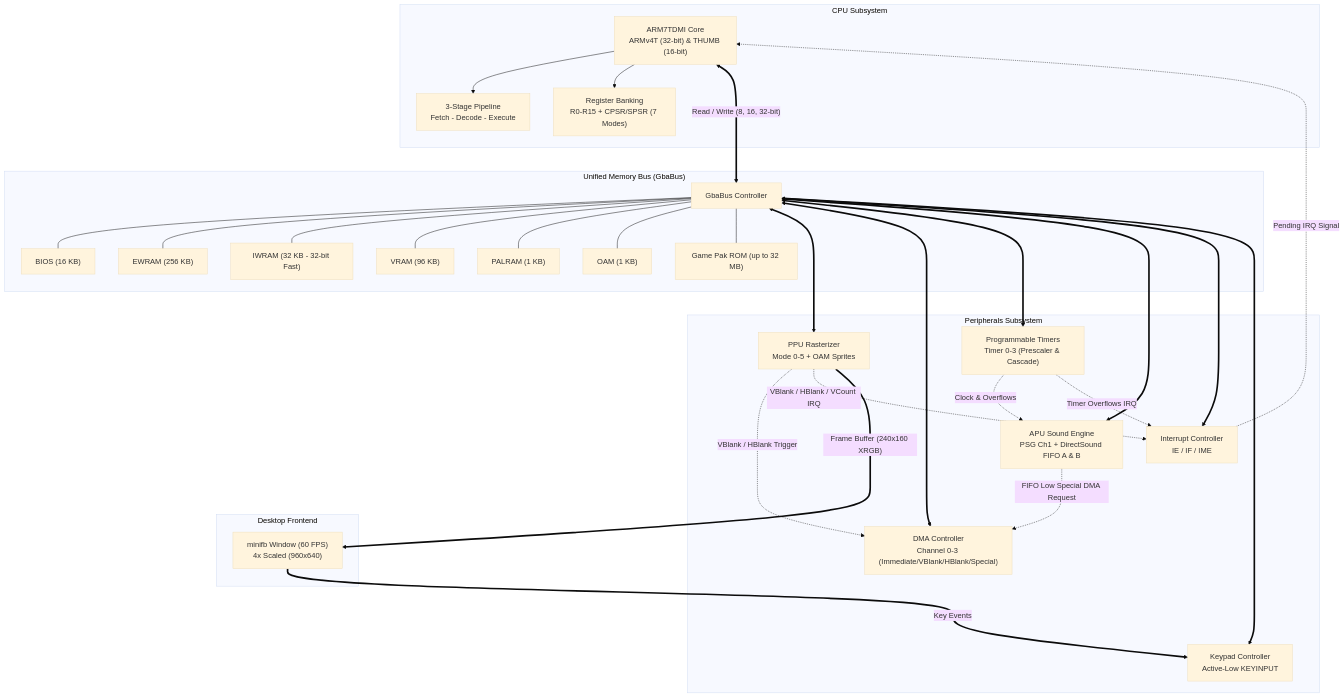
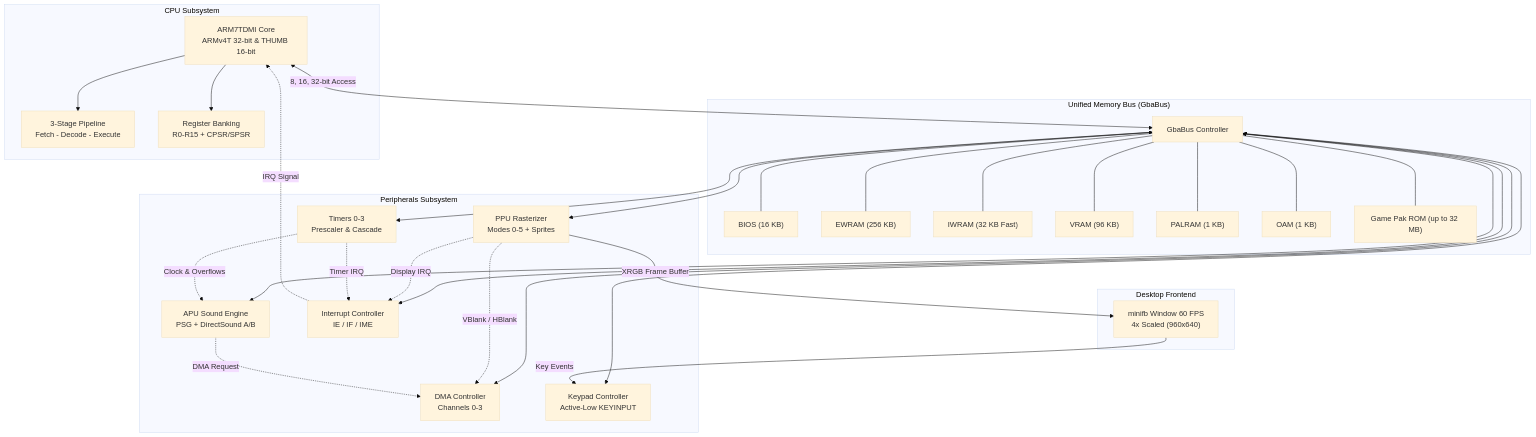
The first of 6 diagrams in README.md (Haikal55/OxideAdvance), drawn with Mermaid (base theme) before and after one commit. The commit also changed other lines of this file, not shown here.

Commit message:
docs: fix Mermaid syntax and math formatting for GitHub rich display

````diff
--- a/README.md
+++ b/README.md
@@ -51,59 +51,59 @@
 ```mermaid
 flowchart TD
-    subgraph "CPU Subsystem"
-        CPU["ARM7TDMI Core<br/>ARMv4T (32-bit) & THUMB (16-bit)"]
+    subgraph CPU_SUB["CPU Subsystem"]
+        CPU["ARM7TDMI Core<br/>ARMv4T 32-bit & THUMB 16-bit"]
         Pipe["3-Stage Pipeline<br/>Fetch - Decode - Execute"]
-        Regs["Register Banking<br/>R0-R15 + CPSR/SPSR (7 Modes)"]
+        Regs["Register Banking<br/>R0-R15 + CPSR/SPSR"]
         CPU --> Pipe
         CPU --> Regs
     end
 
-    subgraph "Unified Memory Bus (GbaBus)"
+    subgraph BUS_SUB["Unified Memory Bus (GbaBus)"]
         Bus["GbaBus Controller"]
         BIOS["BIOS (16 KB)"]
         EWRAM["EWRAM (256 KB)"]
-        IWRAM["IWRAM (32 KB - 32-bit Fast)"]
+        IWRAM["IWRAM (32 KB Fast)"]
         VRAM["VRAM (96 KB)"]
         PALRAM["PALRAM (1 KB)"]
         OAM["OAM (1 KB)"]
         ROM["Game Pak ROM (up to 32 MB)"]
         Bus --- BIOS
         Bus --- EWRAM
         Bus --- IWRAM
         Bus --- VRAM
         Bus --- PALRAM
         Bus --- OAM
         Bus --- ROM
     end
 
-    subgraph "Peripherals Subsystem"
-        PPU["PPU Rasterizer<br/>Mode 0-5 + OAM Sprites"]
-        DMA["DMA Controller<br/>Channel 0-3 (Immediate/VBlank/HBlank/Special)"]
-        Timers["Programmable Timers<br/>Timer 0-3 (Prescaler & Cascade)"]
-        APU["APU Sound Engine<br/>PSG Ch1 + DirectSound FIFO A & B"]
+    subgraph PERIPH_SUB["Peripherals Subsystem"]
+        PPU["PPU Rasterizer<br/>Modes 0-5 + Sprites"]
+        DMA["DMA Controller<br/>Channels 0-3"]
+        Timers["Timers 0-3<br/>Prescaler & Cascade"]
+        APU["APU Sound Engine<br/>PSG + DirectSound A/B"]
         Interrupts["Interrupt Controller<br/>IE / IF / IME"]
         Keypad["Keypad Controller<br/>Active-Low KEYINPUT"]
     end
 
-    subgraph "Desktop Frontend"
-        GUI["minifb Window (60 FPS)<br/>4x Scaled (960x640)"]
+    subgraph GUI_SUB["Desktop Frontend"]
+        GUI["minifb Window 60 FPS<br/>4x Scaled (960x640)"]
     end
 
-    CPU <===>|"Read / Write (8, 16, 32-bit)"| Bus
-    Bus <===> PPU
-    Bus <===> DMA
-    Bus <===> Timers
-    Bus <===> APU
-    Bus <===> Interrupts
-    Bus <===> Keypad
+    CPU <-->|"8, 16, 32-bit Access"| Bus
+    Bus <--> PPU
+    Bus <--> DMA
+    Bus <--> Timers
+    Bus <--> APU
+    Bus <--> Interrupts
+    Bus <--> Keypad
 
-    PPU -.->|"VBlank / HBlank Trigger"| DMA
-    PPU -.->|"VBlank / HBlank / VCount IRQ"| Interrupts
+    PPU -.->|"VBlank / HBlank"| DMA
+    PPU -.->|"Display IRQ"| Interrupts
     Timers -.->|"Clock & Overflows"| APU
-    Timers -.->|"Timer Overflows IRQ"| Interrupts
-    APU -.->|"FIFO Low Special DMA Request"| DMA
-    Interrupts -.->|"Pending IRQ Signal"| CPU
+    Timers -.->|"Timer IRQ"| Interrupts
+    APU -.->|"DMA Request"| DMA
+    Interrupts -.->|"IRQ Signal"| CPU
 
-    PPU ===>|"Frame Buffer (240x160 XRGB)"| GUI
-    GUI ===>|"Key Events"| Keypad
+    PPU -->|"XRGB Frame Buffer"| GUI
+    GUI -->|"Key Events"| Keypad
 ```
````
